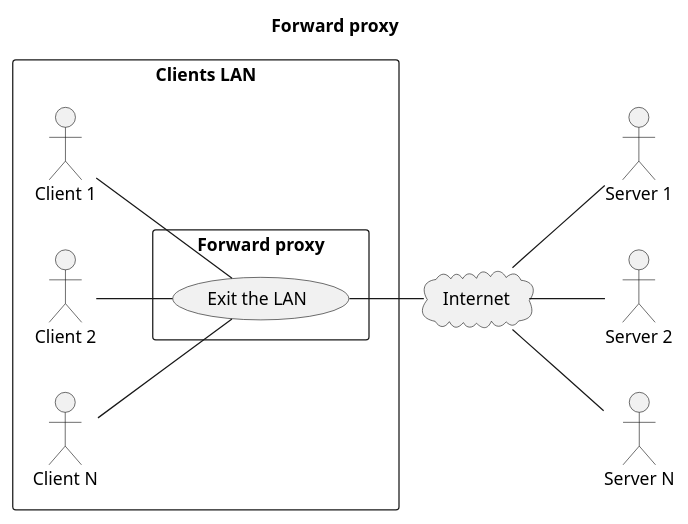
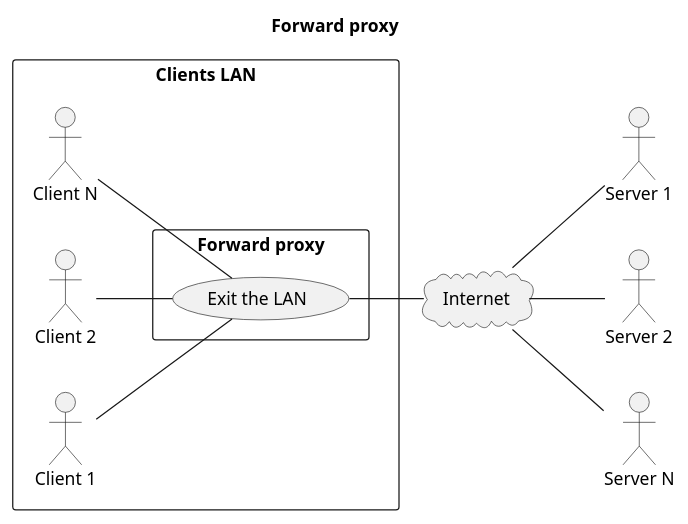
Before and after one commit to heig-vd-dai-course/heig-vd-dai-course: the diagram in 13.01-web-infrastructures/01-course-material/images/forward-proxy.plantuml, drawn with PlantUML. The commit also changed 7 other files, not shown here.

```diff
--- a/13.01-web-infrastructures/01-course-material/images/forward-proxy.plantuml
+++ b/13.01-web-infrastructures/01-course-material/images/forward-proxy.plantuml
@@ -1,38 +1,37 @@
 @startuml forward-proxy
 
 left to right direction
 skinparam packageStyle rectangle
 skinparam boxPadding 100
 skinparam maxMessageSize 300
 skinparam noteTextAlignment center
 skinparam sequenceMessageAlign direction
 skinparam wrapWidth 250
 
 !pragma teoz true
 
 title "Forward proxy"
 
 actor "Server 1" as server1
 actor "Server 2" as server2
 actor "Server N" as serverN
 
 rectangle "Clients LAN" as clientsLan {
-
+    actor "Client N" as clientN
+    actor "Client 2" as client2
     actor "Client 1" as client1
-    actor "Client 2" as client2
-    actor "Client N" as clientN
 
     rectangle "Forward proxy" as forwardProxy {
         client1 -- (Exit the LAN)
         client2 -- (Exit the LAN)
         clientN -- (Exit the LAN)
     }
 }
 
 cloud "Internet" as internet {
     (Exit the LAN) -- internet
     internet -- (server1)
     internet -- (server2)
     internet -- (serverN)
 }
 @enduml
```
